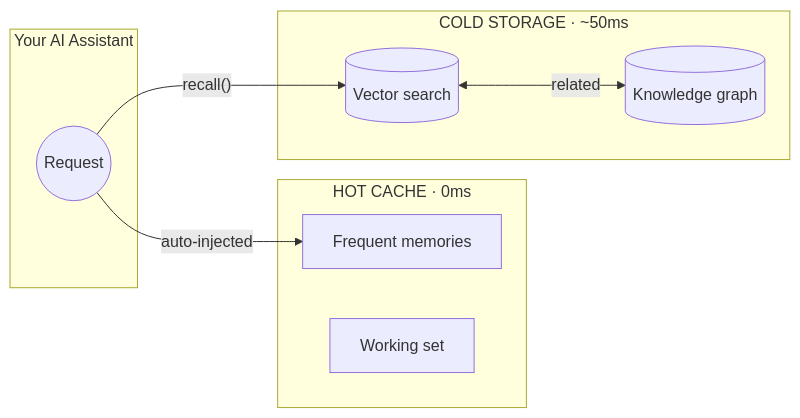
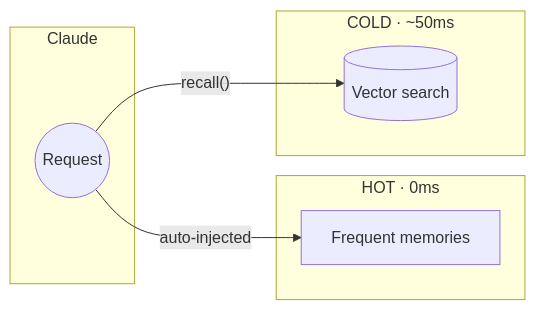
One commit to michael-denyer/memory-mcp changed the diagram in README.md. Above: the diagram before and after it, drawn with Mermaid. The commit also changed other lines of this file and 2 other files, not shown here.

````diff
--- a/README.md
+++ b/README.md
@@ -143,20 +60,17 @@
 ```mermaid
 flowchart LR
-    subgraph LLM["Your AI Assistant"]
+    subgraph LLM["Claude"]
         REQ((Request))
     end
 
-    subgraph Hot["HOT CACHE · 0ms"]
+    subgraph Hot["HOT · 0ms"]
         HC[Frequent memories]
-        WS[Working set]
     end
 
-    subgraph Cold["COLD STORAGE · ~50ms"]
+    subgraph Cold["COLD · ~50ms"]
         VS[(Vector search)]
-        KG[(Knowledge graph)]
     end
 
     REQ -->|"auto-injected"| HC
     REQ -->|"recall()"| VS
-    VS <-->|"related"| KG
 ```
````
